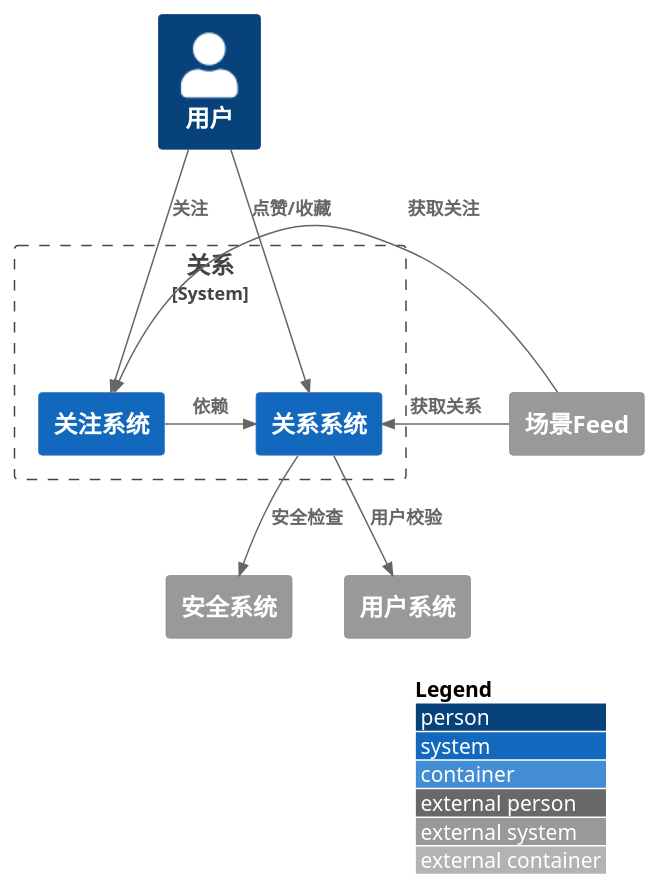
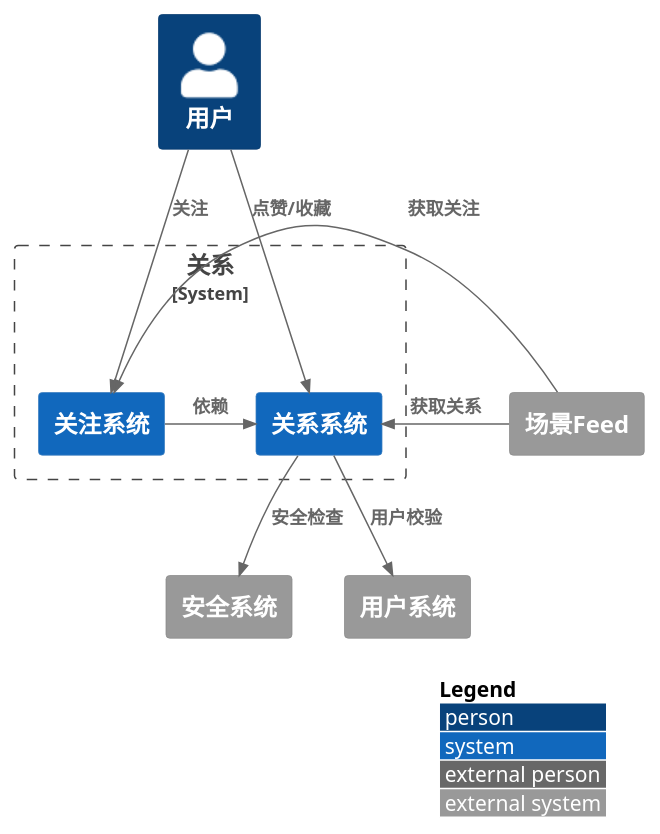
Before and after one commit to nxnnxn/community-doc: the diagram in puml/interact/relation/system.puml, drawn with PlantUML. The commit also changed 13 other files, not shown here.

```diff
--- a/puml/interact/relation/system.puml
+++ b/puml/interact/relation/system.puml
@@ -1,26 +1,26 @@
 @startuml
-!include <C4/C4_Container>
+!include <C4/C4_Context>
 LAYOUT_WITH_LEGEND()
 
 Person(user, "用户")
 
 System_Boundary(item, "关系"){
     System(relation, "关系系统")
     System(follow, "关注系统")
 }
 
 
 System_Ext(feed, "场景Feed")
 System_Ext(security,"安全系统")
 System_Ext(userSystem,"用户系统")
 
 Rel(user, relation, "点赞/收藏")
 Rel(user, follow, "关注")
 Rel_Neighbor(follow, relation, "依赖")
 Rel(relation, security, "安全检查")
 Rel(relation, userSystem, "用户校验")
 Rel_L(feed, relation, "获取关系")
 Rel_L(feed, follow, "获取关注")
 
 
 @enduml
```
